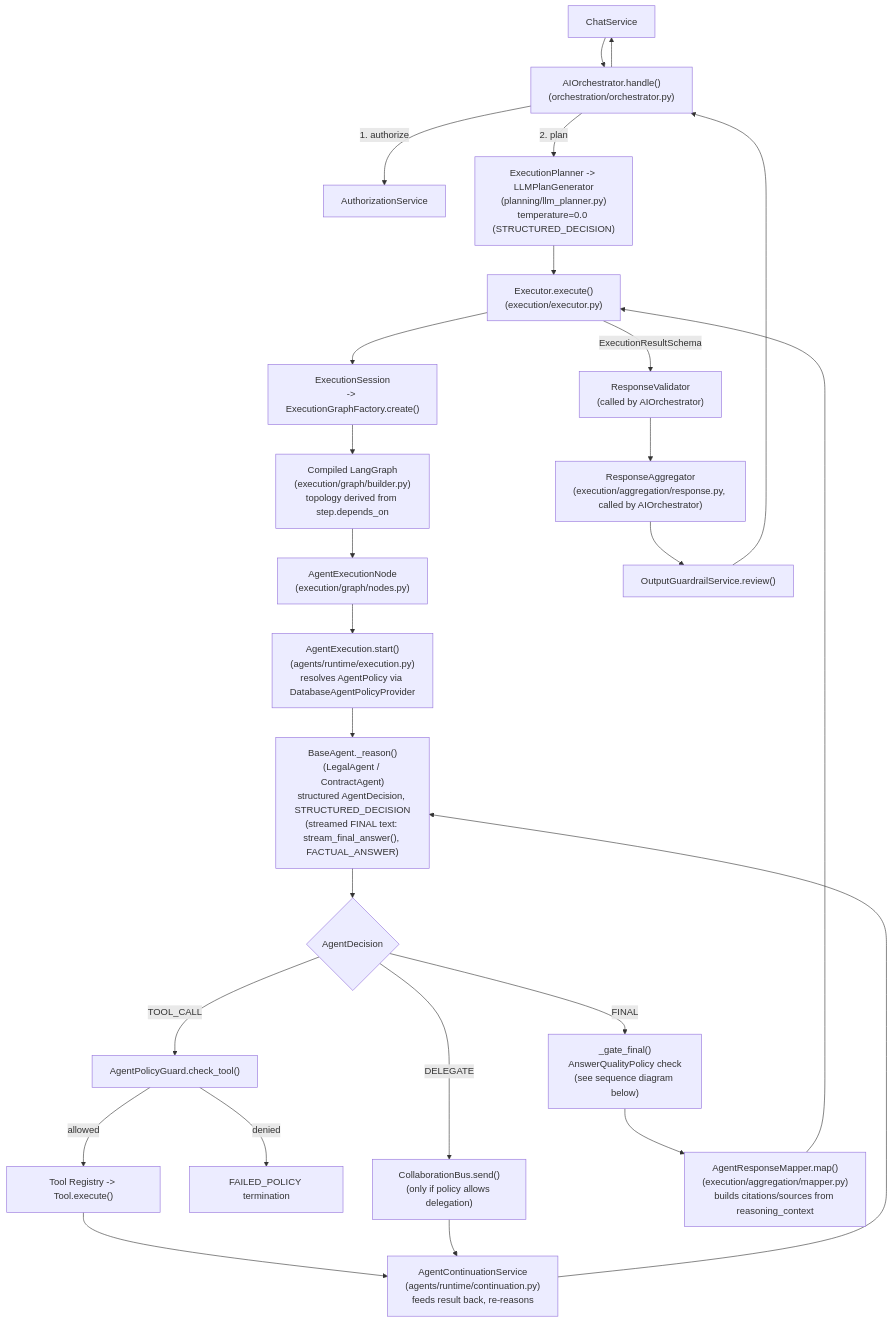
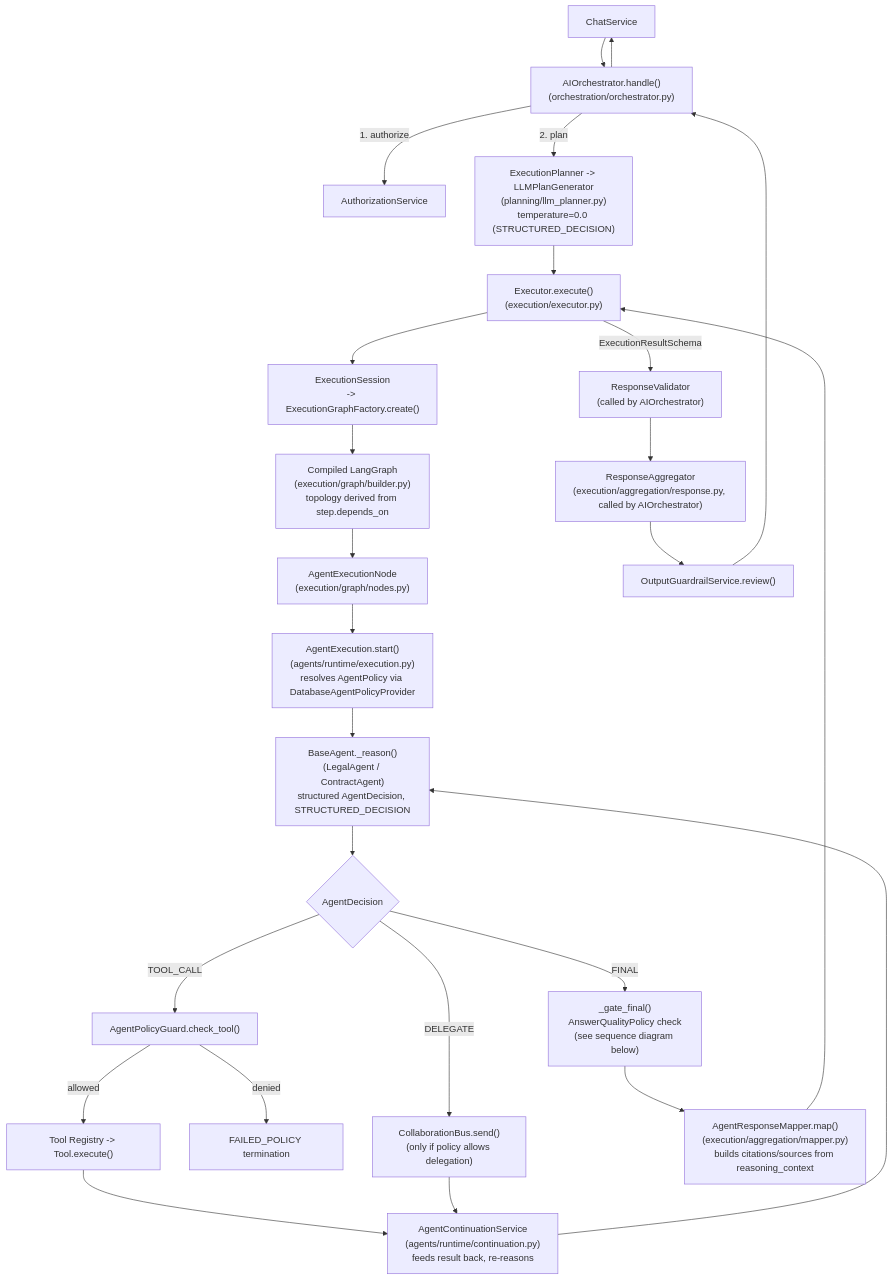
One commit to bharatkse/juris-ai changed the first of 4 diagrams in server/src/agentic/README.md. Above: the diagram before and after it, drawn with Mermaid. The commit also changed other lines of this file and 32 other files, not shown here.

Commit message:
fix(agentic): enforce final-answer integrity in chat responses (#69)

````diff
--- a/server/src/agentic/README.md
+++ b/server/src/agentic/README.md
@@ -35,28 +36,28 @@
 ```mermaid
 flowchart TD
     REQ[ChatService] --> ORCH["AIOrchestrator.handle()<br/>(orchestration/orchestrator.py)"]
     ORCH -->|1. authorize| AUTH[AuthorizationService]
     ORCH -->|2. plan| PLAN["ExecutionPlanner -> LLMPlanGenerator<br/>(planning/llm_planner.py)<br/>temperature=0.0 (STRUCTURED_DECISION)"]
     PLAN --> EXECUTOR["Executor.execute()<br/>(execution/executor.py)"]
     EXECUTOR --> SESSION["ExecutionSession<br/>-> ExecutionGraphFactory.create()"]
     SESSION --> GRAPH["Compiled LangGraph<br/>(execution/graph/builder.py)<br/>topology derived from step.depends_on"]
     GRAPH --> NODE["AgentExecutionNode<br/>(execution/graph/nodes.py)"]
     NODE --> AEXEC["AgentExecution.start()<br/>(agents/runtime/execution.py)<br/>resolves AgentPolicy via DatabaseAgentPolicyProvider"]
-    AEXEC --> AGENT["BaseAgent._reason()<br/>(LegalAgent / ContractAgent)<br/>structured AgentDecision, STRUCTURED_DECISION<br/>(streamed FINAL text: stream_final_answer(), FACTUAL_ANSWER)"]
+    AEXEC --> AGENT["BaseAgent._reason()<br/>(LegalAgent / ContractAgent)<br/>structured AgentDecision, STRUCTURED_DECISION"]
     AGENT --> DECISION{AgentDecision}
     DECISION -->|TOOL_CALL| GUARD["AgentPolicyGuard.check_tool()"]
     GUARD -->|allowed| TOOLREG["Tool Registry -> Tool.execute()"]
     GUARD -->|denied| FAILPOLICY[FAILED_POLICY termination]
     TOOLREG --> CONT["AgentContinuationService<br/>(agents/runtime/continuation.py)<br/>feeds result back, re-reasons"]
     CONT --> AGENT
     DECISION -->|DELEGATE| BUS["CollaborationBus.send()<br/>(only if policy allows delegation)"]
     BUS --> CONT
     DECISION -->|FINAL| GATE["_gate_final()<br/>AnswerQualityPolicy check<br/>(see sequence diagram below)"]
     GATE --> MAPPER["AgentResponseMapper.map()<br/>(execution/aggregation/mapper.py)<br/>builds citations/sources from reasoning_context"]
     MAPPER --> EXECUTOR
     EXECUTOR -->|ExecutionResultSchema| VALIDATOR["ResponseValidator<br/>(called by AIOrchestrator)"]
     VALIDATOR --> AGG["ResponseAggregator<br/>(execution/aggregation/response.py, called by AIOrchestrator)"]
     AGG --> GR["OutputGuardrailService.review()"]
     GR --> ORCH
     ORCH --> REQ
 ```
````
